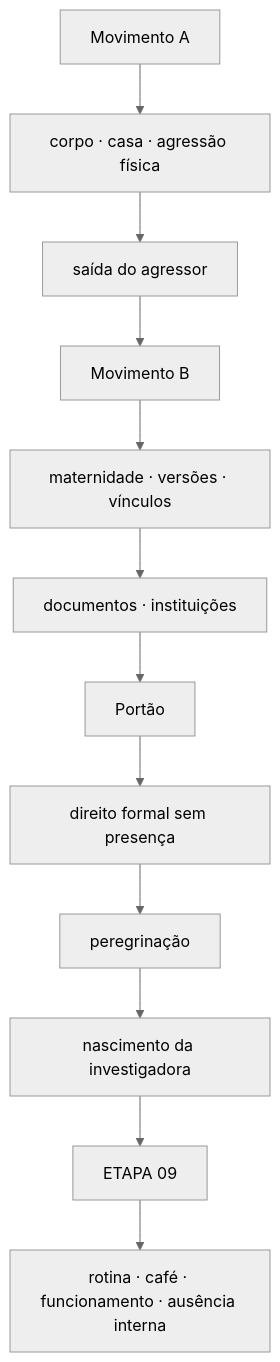
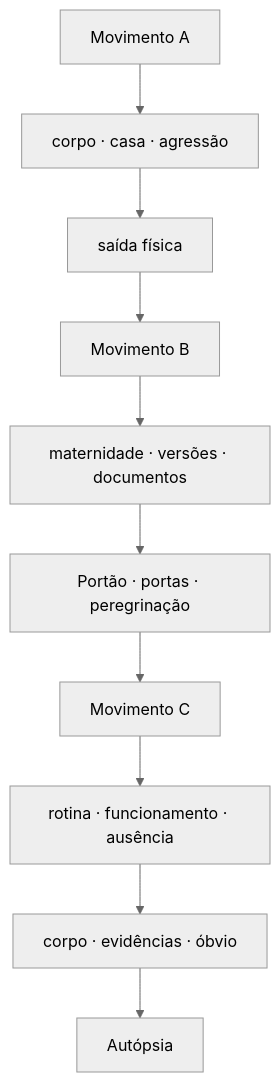
The sixth of 7 diagrams in 01_MORTE_EM_VIDA/MAPA_VISUAL_PARTE_III_ATUAL.md (Sollimastudio/trilogia-sol-lima), drawn with Mermaid (neutral theme) before and after one commit. The commit also changed other lines of this file, not shown here.

Commit message:
Adiciona Movimento C da Etapa 09 ao mapa visual da Parte III

````diff
--- a/01_MORTE_EM_VIDA/MAPA_VISUAL_PARTE_III_ATUAL.md
+++ b/01_MORTE_EM_VIDA/MAPA_VISUAL_PARTE_III_ATUAL.md
@@ -50,14 +73,12 @@
 ```mermaid
 flowchart TD
-A[Movimento A] --> B[corpo · casa · agressão física]
-B --> C[saída do agressor]
+A[Movimento A] --> B[corpo · casa · agressão]
+B --> C[saída física]
 C --> D[Movimento B]
-D --> E[maternidade · versões · vínculos]
-E --> F[documentos · instituições]
-F --> G[Portão]
-G --> H[direito formal sem presença]
-H --> I[peregrinação]
-I --> J[nascimento da investigadora]
-J --> K[ETAPA 09]
-K --> L[rotina · café · funcionamento · ausência interna]
+D --> E[maternidade · versões · documentos]
+E --> F[Portão · portas · peregrinação]
+F --> G[Movimento C]
+G --> H[rotina · funcionamento · ausência]
+H --> I[corpo · evidências · óbvio]
+I --> J[Autópsia]
 ```
````
